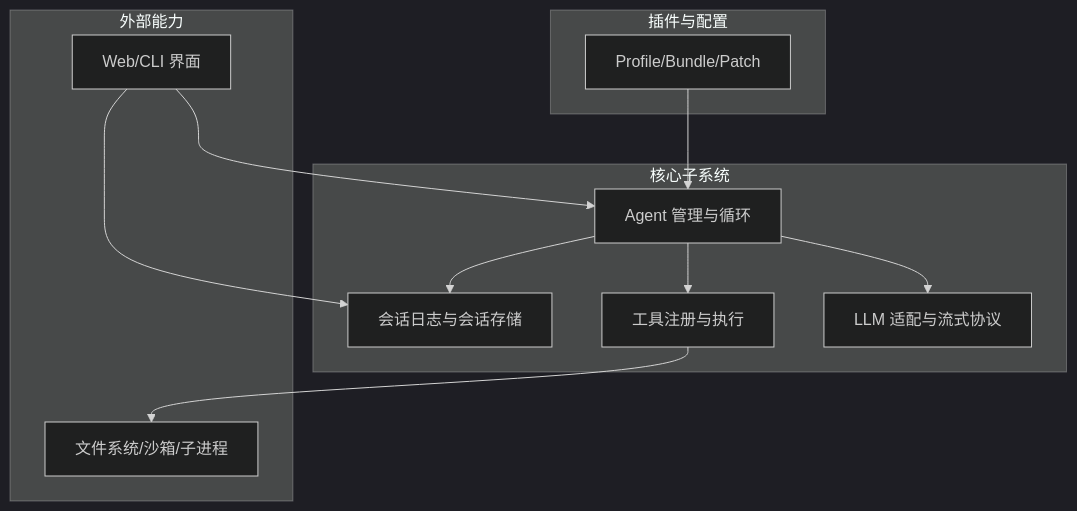
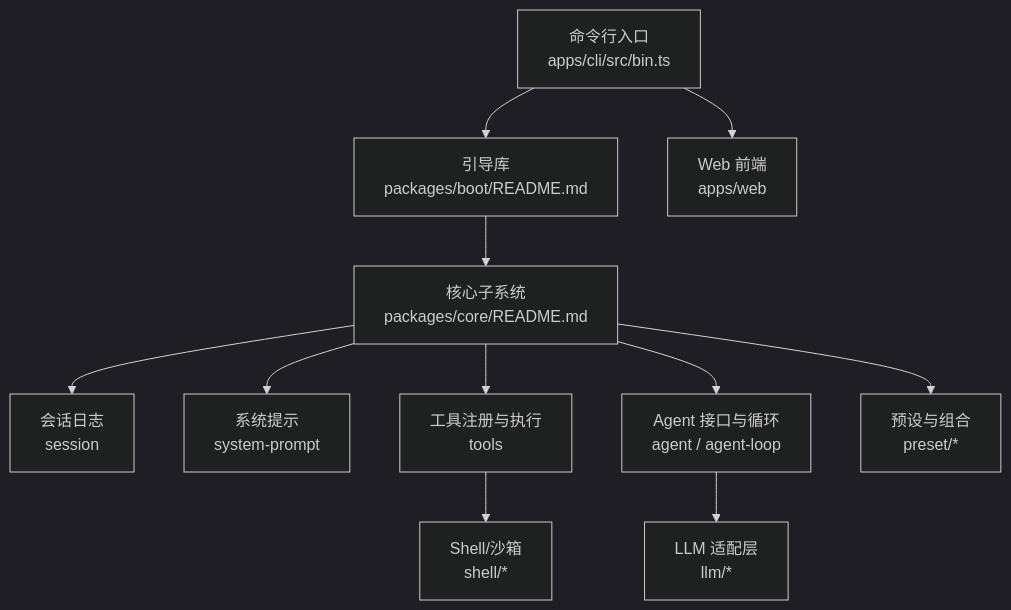
Before and after one commit to gongzili456/deepseek-harness: the first of 8 diagrams in .qoder/repowiki/zh/content/架构设计/架构设计.md, drawn with Mermaid (dark theme). The commit also changed other lines of this file and 1001 other files, not shown here.

````diff
--- a/.qoder/repowiki/zh/content/架构设计/架构设计.md
+++ b/.qoder/repowiki/zh/content/架构设计/架构设计.md
@@ -48,23 +43,13 @@
 ```mermaid
 graph TB
-subgraph "插件与配置"
-P["Profile/Bundle/Patch"]
-end
-subgraph "核心子系统"
-A["Agent 管理与循环"]
-S["会话日志与会话存储"]
-T["工具注册与执行"]
-L["LLM 适配与流式协议"]
-end
-subgraph "外部能力"
-FS["文件系统/沙箱/子进程"]
-UI["Web/CLI 界面"]
-end
-P --> A
-A --> S
-A --> T
-A --> L
-T --> FS
-UI --> A
-UI --> S
+CLI["命令行入口<br/>apps/cli/src/bin.ts"] --> Boot["引导库<br/>packages/boot/README.md"]
+Boot --> Core["核心子系统<br/>packages/core/README.md"]
+Core --> Session["会话日志<br/>session"]
+Core --> Prompt["系统提示<br/>system-prompt"]
+Core --> Tools["工具注册与执行<br/>tools"]
+Core --> Agent["Agent 接口与循环<br/>agent / agent-loop"]
+Agent --> LLM["LLM 适配层<br/>llm/*"]
+Tools --> Shell["Shell/沙箱<br/>shell/*"]
+Core --> Preset["预设与组合<br/>preset/*"]
+CLI --> Web["Web 前端<br/>apps/web"]
 ```
````
